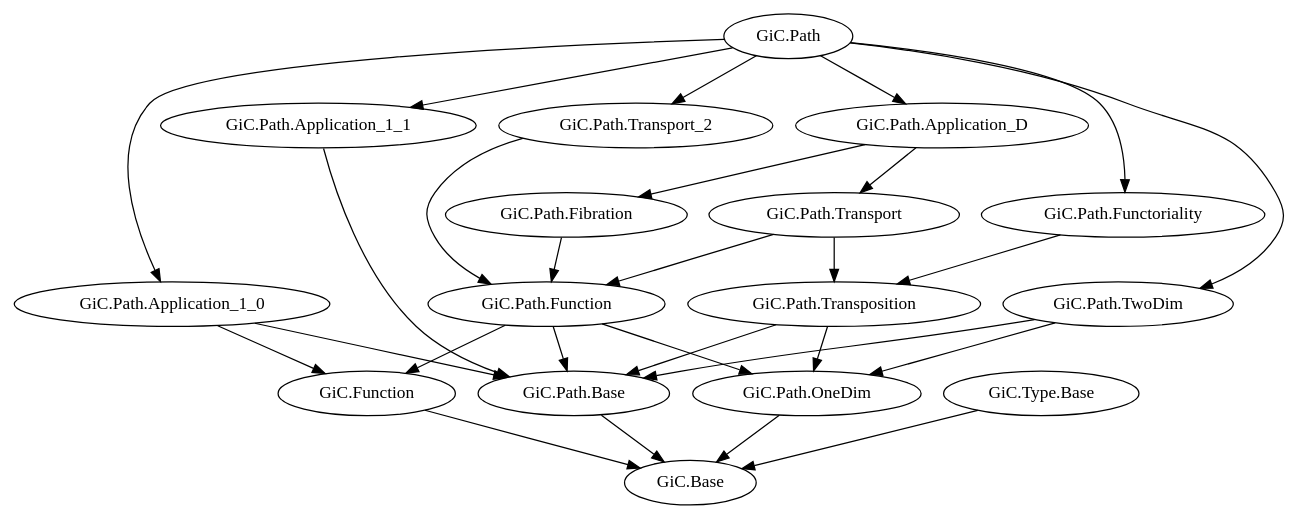
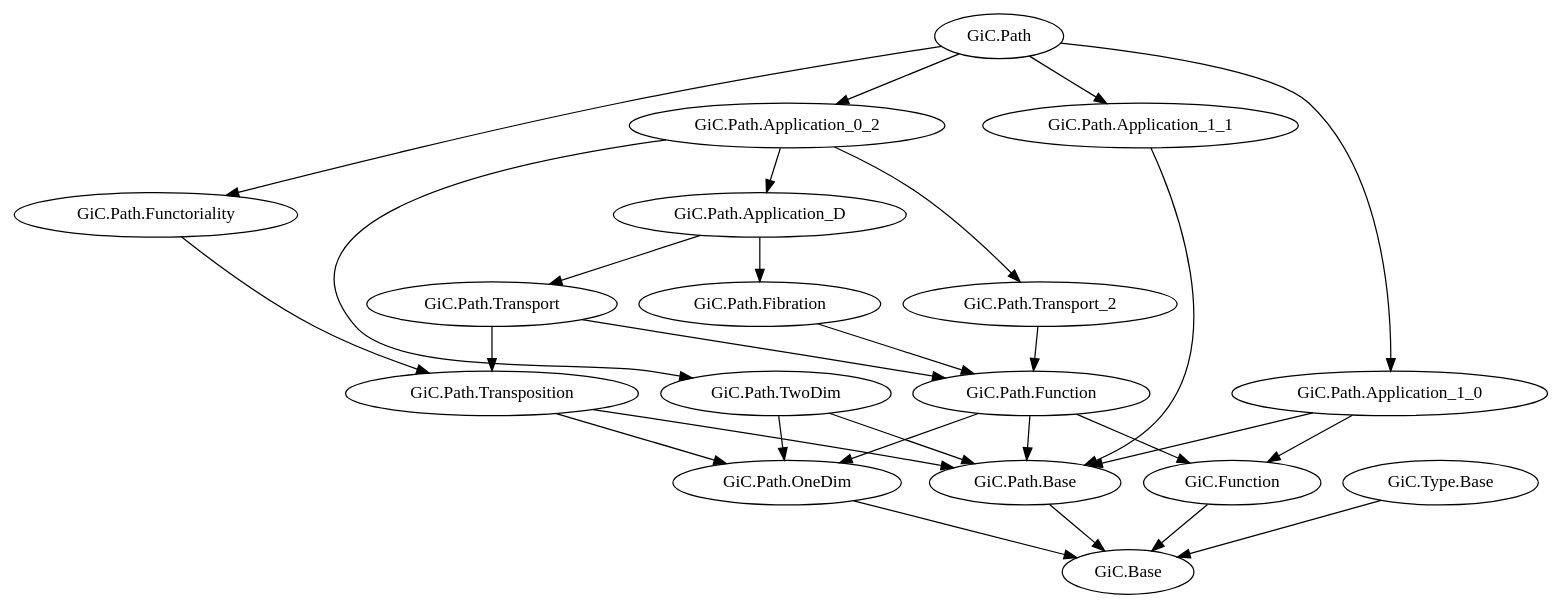
One commit to Hexirp/googology-in-coq changed the diagram in documents/libraries-tred.gv. Above: the diagram before and after it, drawn with Graphviz. The commit also changed 1 other file, not shown here.

Commit message:
Update: libraries.gv に Path.Application_0_2 を追加する
libraries.gv の機能を果たすため。

```diff
--- a/documents/libraries-tred.gv
+++ b/documents/libraries-tred.gv
@@ -1,60 +1,63 @@
 digraph dependency_graph_tred {
   # GiC.Base
 
   # GiC.Function
   "GiC.Function" -> "GiC.Base";
 
   # GiC.Path.Base
   "GiC.Path.Base" -> "GiC.Base";
 
   # GiC.Path.OneDim
   "GiC.Path.OneDim" -> "GiC.Base";
 
   # GiC.Path.Function
   "GiC.Path.Function" -> "GiC.Function";
   "GiC.Path.Function" -> "GiC.Path.Base";
   "GiC.Path.Function" -> "GiC.Path.OneDim";
 
   # GiC.Path.TwoDim
   "GiC.Path.TwoDim" -> "GiC.Path.Base";
   "GiC.Path.TwoDim" -> "GiC.Path.OneDim";
 
   # GiC.Path.Transposition
   "GiC.Path.Transposition" -> "GiC.Path.Base";
   "GiC.Path.Transposition" -> "GiC.Path.OneDim";
 
   # GiC.Path.Functoriality
   "GiC.Path.Functoriality" -> "GiC.Path.Transposition";
 
   # GiC.Path.Application_1_0
   "GiC.Path.Application_1_0" -> "GiC.Function";
   "GiC.Path.Application_1_0" -> "GiC.Path.Base";
 
   # GiC.Path.Application_1_1
   "GiC.Path.Application_1_1" -> "GiC.Path.Base";
 
   # GiC.Path.Transport
   "GiC.Path.Transport" -> "GiC.Path.Function";
   "GiC.Path.Transport" -> "GiC.Path.Transposition";
 
   # GiC.Path.Fibration
   "GiC.Path.Fibration" -> "GiC.Path.Function";
 
   # GiC.Path.Transport_2
   "GiC.Path.Transport_2" -> "GiC.Path.Function";
 
   # GiC.Path.Application_D
   "GiC.Path.Application_D" -> "GiC.Path.Transport";
   "GiC.Path.Application_D" -> "GiC.Path.Fibration";
 
+  # GiC.Path.Application_0_2
+  "GiC.Path.Application_0_2" -> "GiC.Path.TwoDim";
+  "GiC.Path.Application_0_2" -> "GiC.Path.Transport_2";
+  "GiC.Path.Application_0_2" -> "GiC.Path.Application_D";
+
   # GiC.Path
-  "GiC.Path" -> "GiC.Path.TwoDim";
   "GiC.Path" -> "GiC.Path.Functoriality";
   "GiC.Path" -> "GiC.Path.Application_1_0";
   "GiC.Path" -> "GiC.Path.Application_1_1";
-  "GiC.Path" -> "GiC.Path.Transport_2";
-  "GiC.Path" -> "GiC.Path.Application_D";
+  "GiC.Path" -> "GiC.Path.Application_0_2";
 
   # GiC.Type.Base
   "GiC.Type.Base" -> "GiC.Base";
 }
```
